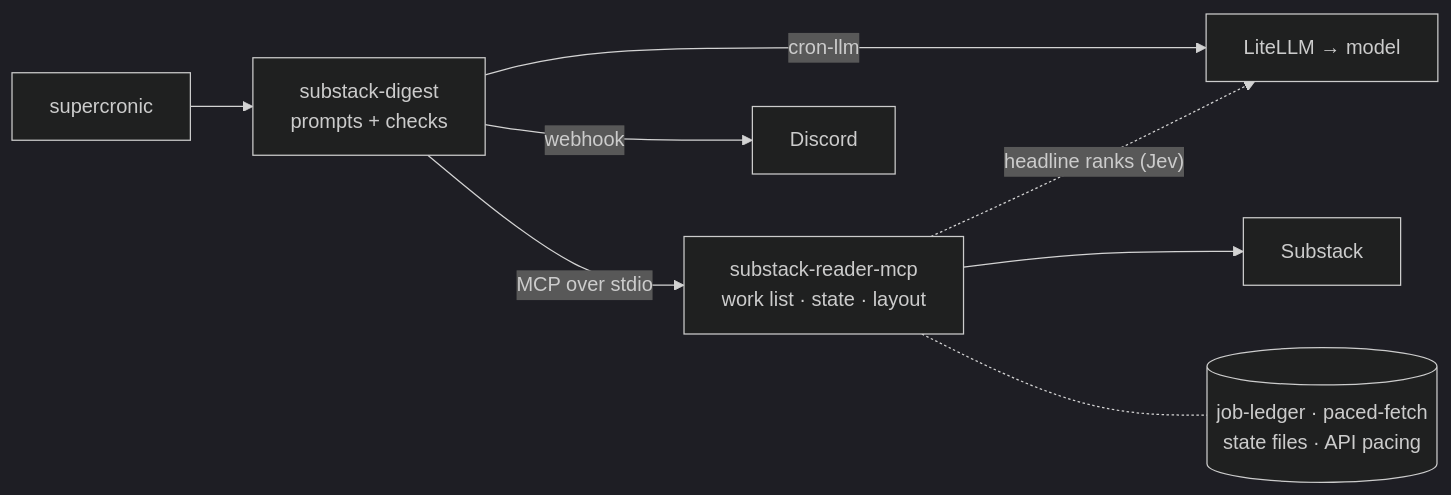
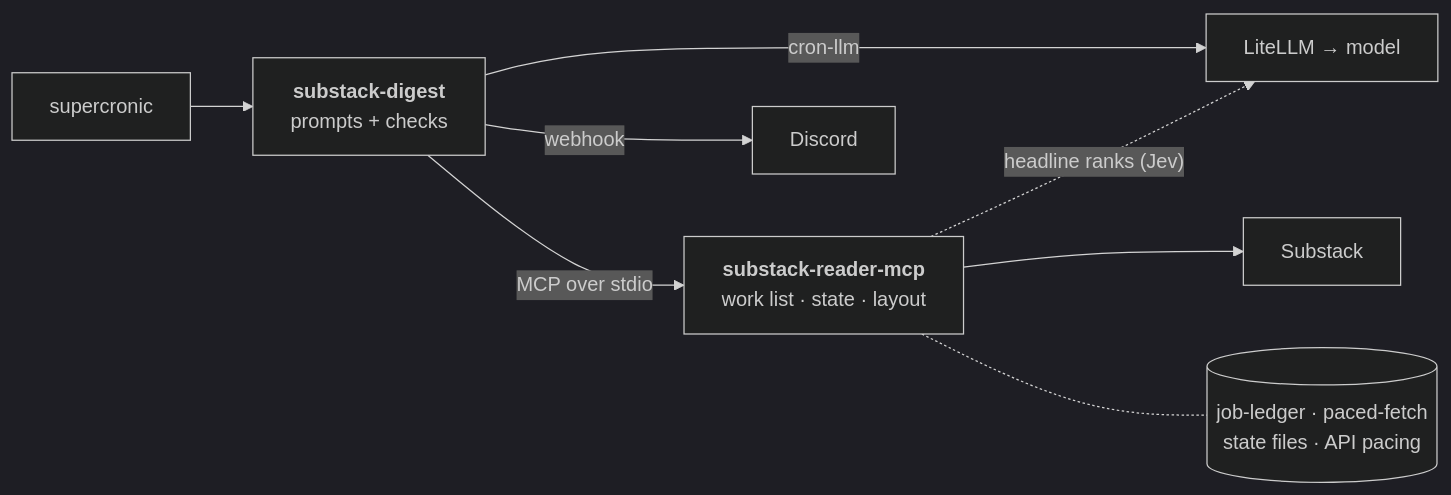
One commit to wkbaran/substack-digest changed the diagram in README.md. Above: the diagram before and after it, drawn with Mermaid (dark theme).

Commit message:
README diagram: package names in bold, details on the line below

````diff
--- a/README.md
+++ b/README.md
@@ -29,10 +29,13 @@
 ```mermaid
 flowchart LR
-  cron["supercronic"] --> job["substack-digest<br/>prompts + checks"]
+  cron["supercronic"] --> job["`**substack-digest**
+prompts + checks`"]
   job -- "cron-llm" --> llm["LiteLLM → model"]
-  job -- "MCP over stdio" --> mcp["substack-reader-mcp<br/>work list · state · layout"]
+  job -- "MCP over stdio" --> mcp["`**substack-reader-mcp**
+work list · state · layout`"]
   mcp --> api["Substack"]
   mcp -. "headline ranks (Jev)" .-> llm
-  mcp -.- libs[("job-ledger · paced-fetch<br/>state files · API pacing")]
+  mcp -.- libs[("`job-ledger · paced-fetch
+state files · API pacing`")]
   job -- "webhook" --> discord["Discord"]
 ```
````
